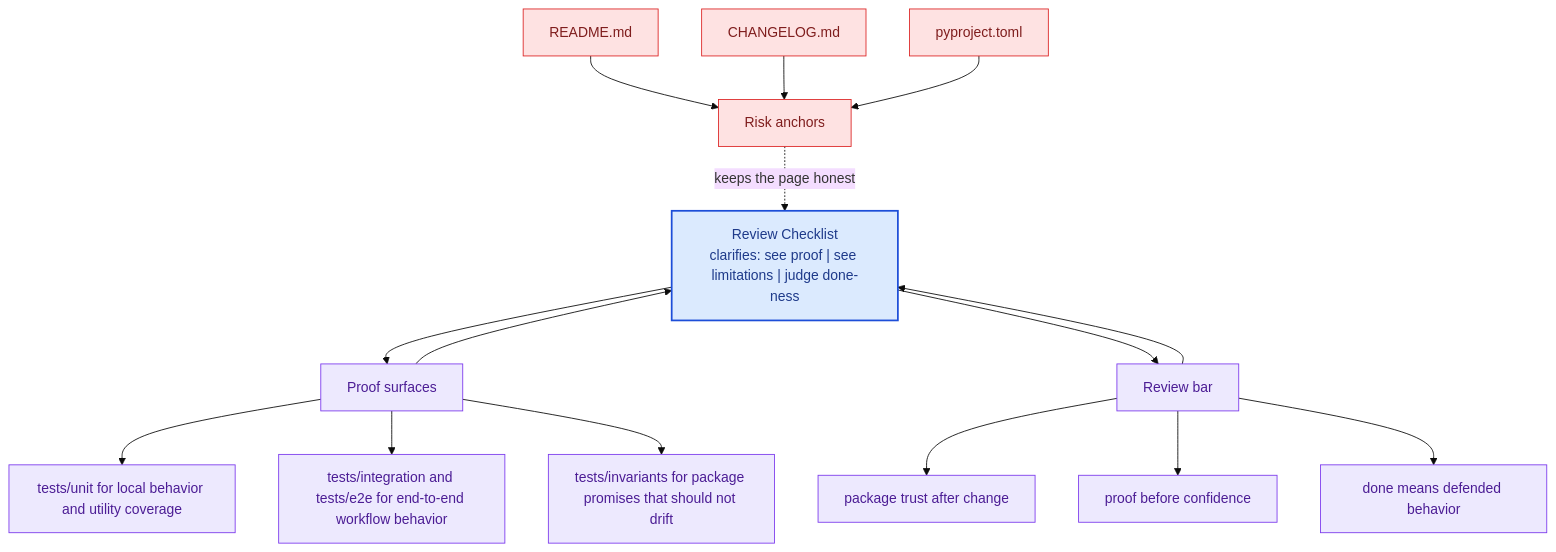
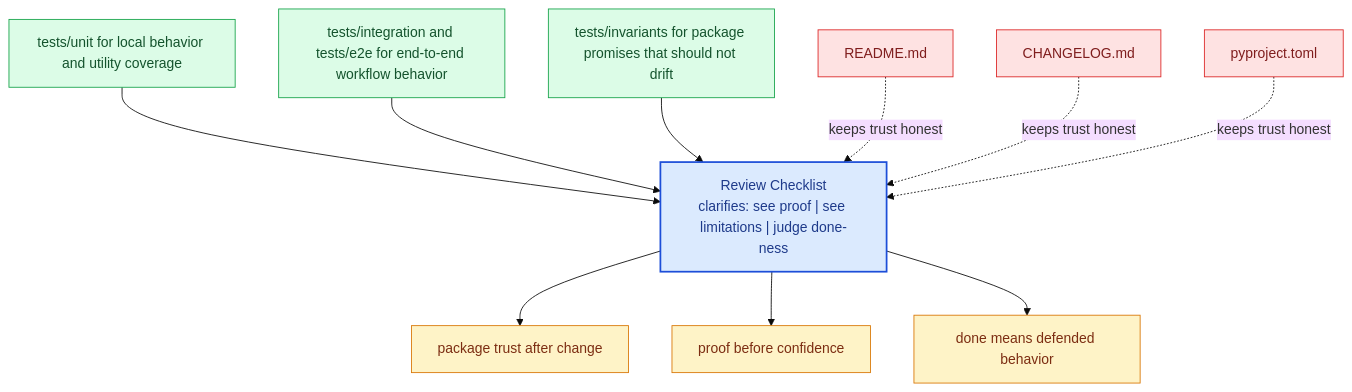
One commit to bijux/bijux-canon changed the diagram in docs/bijux-canon-agent/quality/review-checklist.md. Above: the diagram before and after it, drawn with Mermaid (base theme). The commit also changed other lines of this file and 281 other files, not shown here.

Commit message:
docs(diagrams): replace repeated mermaid scaffolds with page-specific summaries

````diff
--- a/docs/bijux-canon-agent/quality/review-checklist.md
+++ b/docs/bijux-canon-agent/quality/review-checklist.md
@@ -67,41 +22,31 @@
 ```mermaid
 flowchart TB
-    promise["Review Checklist<br/>clarifies: see proof | see limitations | judge done-ness"]
-    classDef promise fill:#dbeafe,stroke:#1d4ed8,color:#1e3a8a,stroke-width:2px;
-    classDef driver fill:#dcfce7,stroke:#16a34a,color:#14532d;
-    classDef constraint fill:#fee2e2,stroke:#dc2626,color:#7f1d1d;
-    classDef ground fill:#ede9fe,stroke:#7c3aed,color:#4c1d95;
-    focus1["Proof surfaces"]
-    focus1 --> promise
-    promise --> focus1
-    focus1_1["tests/unit for local behavior and utility coverage"]
-    focus1 --> focus1_1
-    focus1_2["tests/integration and tests/e2e for end-to-end workflow behavior"]
-    focus1 --> focus1_2
-    focus1_3["tests/invariants for package promises that should not drift"]
-    focus1 --> focus1_3
-    class focus1 ground;
-    class focus1_1,focus1_2,focus1_3 ground;
-    focus2["Risk anchors"]
-    focus2 -.keeps the page honest.-> promise
-    focus2_1["README.md"]
-    focus2_1 --> focus2
-    focus2_2["CHANGELOG.md"]
-    focus2_2 --> focus2
-    focus2_3["pyproject.toml"]
-    focus2_3 --> focus2
-    class focus2 constraint;
-    class focus2_1,focus2_2,focus2_3 constraint;
-    focus3["Review bar"]
-    focus3 --> promise
-    promise --> focus3
-    focus3_1["package trust after change"]
-    focus3 --> focus3_1
-    focus3_2["proof before confidence"]
-    focus3 --> focus3_2
-    focus3_3["done means defended behavior"]
-    focus3 --> focus3_3
-    class focus3 ground;
-    class focus3_1,focus3_2,focus3_3 ground;
-    class promise promise;
+    page["Review Checklist<br/>clarifies: see proof | see limitations | judge done-ness"]
+    classDef page fill:#dbeafe,stroke:#1d4ed8,color:#1e3a8a,stroke-width:2px;
+    classDef positive fill:#dcfce7,stroke:#16a34a,color:#14532d;
+    classDef caution fill:#fee2e2,stroke:#dc2626,color:#7f1d1d;
+    classDef anchor fill:#ede9fe,stroke:#7c3aed,color:#4c1d95;
+    classDef action fill:#fef3c7,stroke:#d97706,color:#7c2d12;
+    proof1["tests/unit for local behavior and utility coverage"]
+    proof1 --> page
+    proof2["tests/integration and tests/e2e for end-to-end workflow behavior"]
+    proof2 --> page
+    proof3["tests/invariants for package promises that should not drift"]
+    proof3 --> page
+    risk1["README.md"]
+    risk1 -.keeps trust honest.-> page
+    risk2["CHANGELOG.md"]
+    risk2 -.keeps trust honest.-> page
+    risk3["pyproject.toml"]
+    risk3 -.keeps trust honest.-> page
+    bar1["package trust after change"]
+    page --> bar1
+    bar2["proof before confidence"]
+    page --> bar2
+    bar3["done means defended behavior"]
+    page --> bar3
+    class page page;
+    class proof1,proof2,proof3 positive;
+    class risk1,risk2,risk3 caution;
+    class bar1,bar2,bar3 action;
 ```
````
